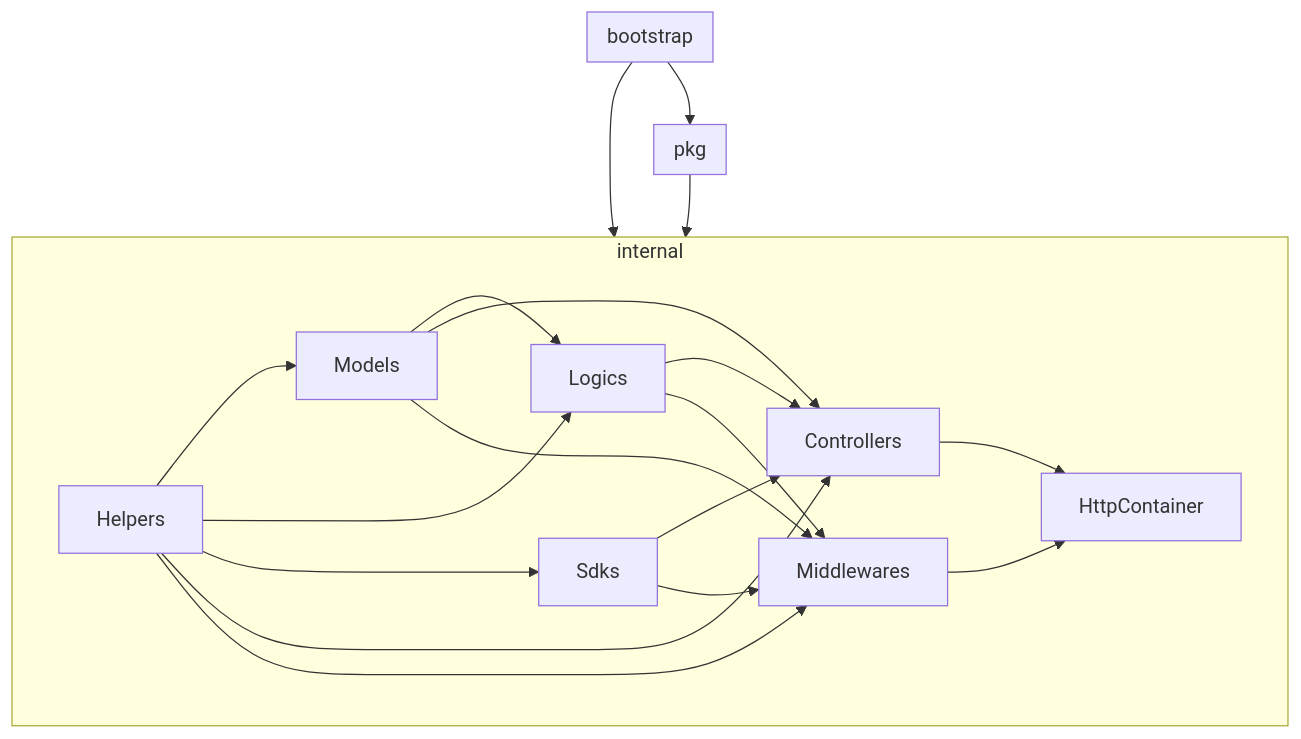
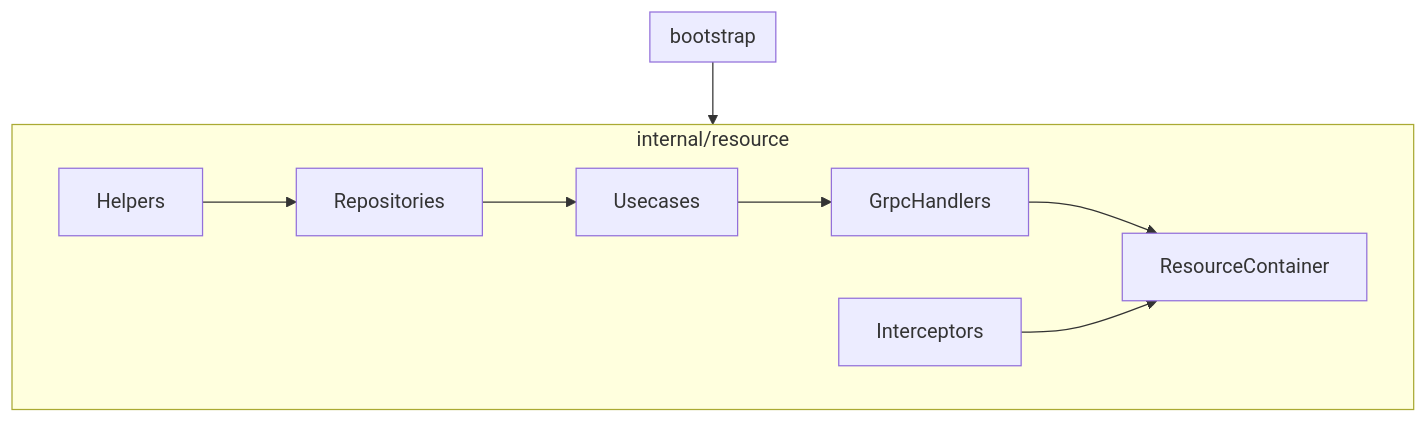
One commit to doroke7/landan-backend-hexagon changed the diagram in README.md. Above: the diagram before and after it, drawn with Mermaid. The commit also changed other lines of this file, not shown here.

````diff
--- a/README.md
+++ b/README.md
@@ -172,32 +172,18 @@
 ```mermaid
 graph TD
     subgraph bootstrap
     end
 
-    subgraph pkg
+    subgraph internal/resource
+        Helpers --> Repositories
+        Repositories --> Usecases
+        Usecases --> GrpcHandlers
+
+        Interceptors
+
+        GrpcHandlers --> ResourceContainer
+        Interceptors --> ResourceContainer
     end
 
-    subgraph internal
-        Helpers --> Models
-        Helpers --> Logics
-        Helpers --> Sdks
-        Models --> Logics
-
-        Helpers --> Controllers
-        Models --> Controllers
-        Logics --> Controllers
-        Sdks --> Controllers
-
-        Helpers --> Middlewares
-        Models --> Middlewares
-        Logics --> Middlewares
-        Sdks --> Middlewares
-
-        Controllers --> HttpContainer
-        Middlewares --> HttpContainer
-    end
-
-    bootstrap --> pkg
-    bootstrap --> internal
-    pkg --> internal
+    bootstrap --> internal/resource
 ```
````
